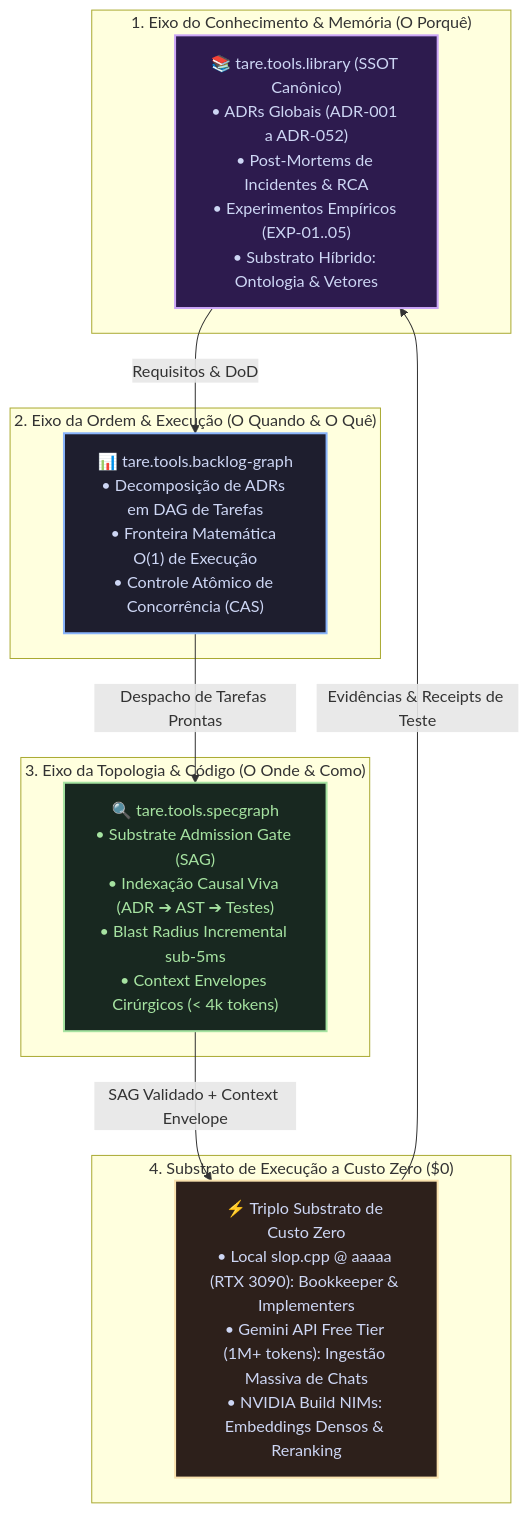
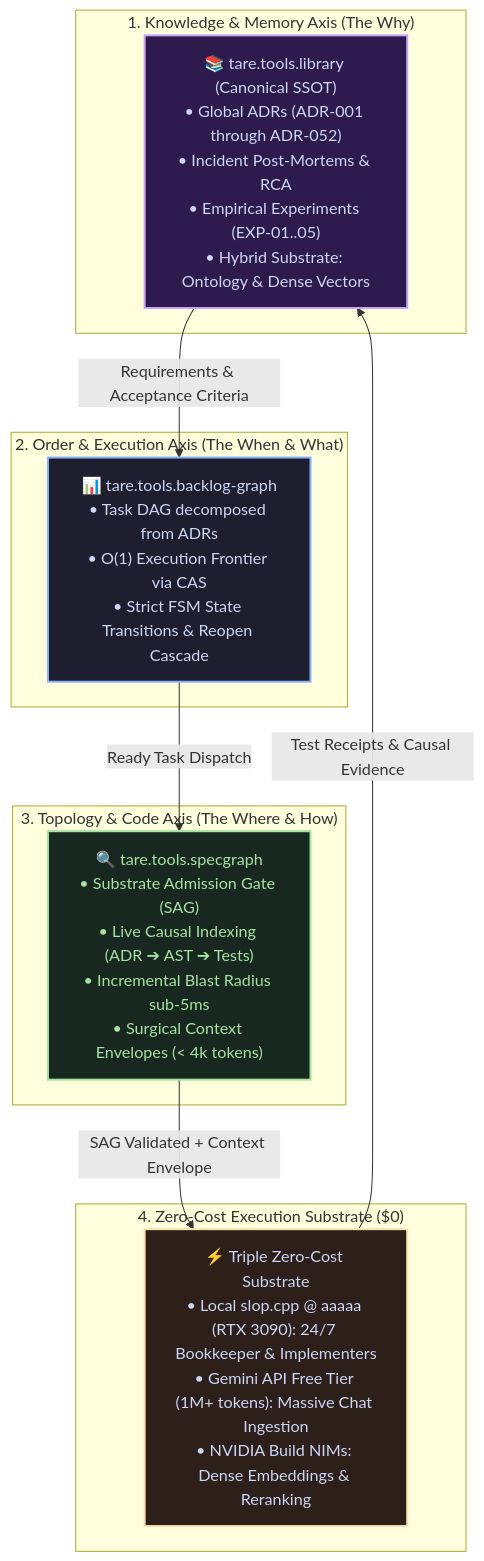
The diagram in README.md (augusto-scarvalho/tare.tools.library), drawn with Mermaid before and after one commit. The commit also changed other lines of this file and 3 other files, not shown here.

````diff
--- a/README.md
+++ b/README.md
@@ -17,33 +52,33 @@
 ```mermaid
 flowchart TD
-    subgraph Axis1 ["1. Eixo do Conhecimento & Memória (O Porquê)"]
-        Library["📚 tare.tools.library (SSOT Canônico)<br/>• ADRs Globais (ADR-001 a ADR-052)<br/>• Post-Mortems de Incidentes & RCA<br/>• Experimentos Empíricos (EXP-01..05)<br/>• Substrato Híbrido: Ontologia & Vetores"]
+    subgraph Axis1 ["1. Knowledge & Memory Axis (The Why)"]
+        Library["📚 tare.tools.library (Canonical SSOT)<br/>• Global ADRs (ADR-001 through ADR-052)<br/>• Incident Post-Mortems & RCA<br/>• Empirical Experiments (EXP-01..05)<br/>• Hybrid Substrate: Ontology & Dense Vectors"]
     end
 
-    subgraph Axis2 ["2. Eixo da Ordem & Execução (O Quando & O Quê)"]
-        Backlog["📊 tare.tools.backlog-graph<br/>• Decomposição de ADRs em DAG de Tarefas<br/>• Fronteira Matemática O(1) de Execução<br/>• Controle Atômico de Concorrência (CAS)"]
+    subgraph Axis2 ["2. Order & Execution Axis (The When & What)"]
+        Backlog["📊 tare.tools.backlog-graph<br/>• Task DAG decomposed from ADRs<br/>• O(1) Execution Frontier via CAS<br/>• Strict FSM State Transitions & Reopen Cascade"]
     end
 
-    subgraph Axis3 ["3. Eixo da Topologia & Código (O Onde & Como)"]
-        Spec["🔍 tare.tools.specgraph<br/>• Substrate Admission Gate (SAG)<br/>• Indexação Causal Viva (ADR ➔ AST ➔ Testes)<br/>• Blast Radius Incremental sub-5ms<br/>• Context Envelopes Cirúrgicos (< 4k tokens)"]
+    subgraph Axis3 ["3. Topology & Code Axis (The Where & How)"]
+        Spec["🔍 tare.tools.specgraph<br/>• Substrate Admission Gate (SAG)<br/>• Live Causal Indexing (ADR ➔ AST ➔ Tests)<br/>• Incremental Blast Radius sub-5ms<br/>• Surgical Context Envelopes (< 4k tokens)"]
     end
 
-    subgraph Execution ["4. Substrato de Execução a Custo Zero ($0)"]
-        ZeroCost["⚡ Triplo Substrato de Custo Zero<br/>• Local slop.cpp @ aaaaa (RTX 3090): Bookkeeper & Implementers<br/>• Gemini API Free Tier (1M+ tokens): Ingestão Massiva de Chats<br/>• NVIDIA Build NIMs: Embeddings Densos & Reranking"]
+    subgraph Execution ["4. Zero-Cost Execution Substrate ($0)"]
+        ZeroCost["⚡ Triple Zero-Cost Substrate<br/>• Local slop.cpp @ aaaaa (RTX 3090): 24/7 Bookkeeper & Implementers<br/>• Gemini API Free Tier (1M+ tokens): Massive Chat Ingestion<br/>• NVIDIA Build NIMs: Dense Embeddings & Reranking"]
     end
 
-    Library -->|Requisitos & DoD| Backlog
-    Backlog -->|Despacho de Tarefas Prontas| Spec
-    Spec -->|SAG Validado + Context Envelope| ZeroCost
-    ZeroCost -->|Evidências & Receipts de Teste| Library
+    Library -->|Requirements & Acceptance Criteria| Backlog
+    Backlog -->|Ready Task Dispatch| Spec
+    Spec -->|SAG Validated + Context Envelope| ZeroCost
+    ZeroCost -->|Test Receipts & Causal Evidence| Library
 
     classDef lStyle fill:#2d1b4e,stroke:#cba6f7,stroke-width:2px,color:#cdd6f4;
     classDef bStyle fill:#1e1e2e,stroke:#89b4fa,stroke-width:2px,color:#cdd6f4;
     classDef sStyle fill:#182820,stroke:#a6e3a1,stroke-width:2px,color:#a6e3a1;
     classDef zStyle fill:#2d201b,stroke:#f9e2af,stroke-width:2px,color:#cdd6f4;
 
     class Library lStyle;
     class Backlog bStyle;
     class Spec sStyle;
     class ZeroCost zStyle;
 ```
````
